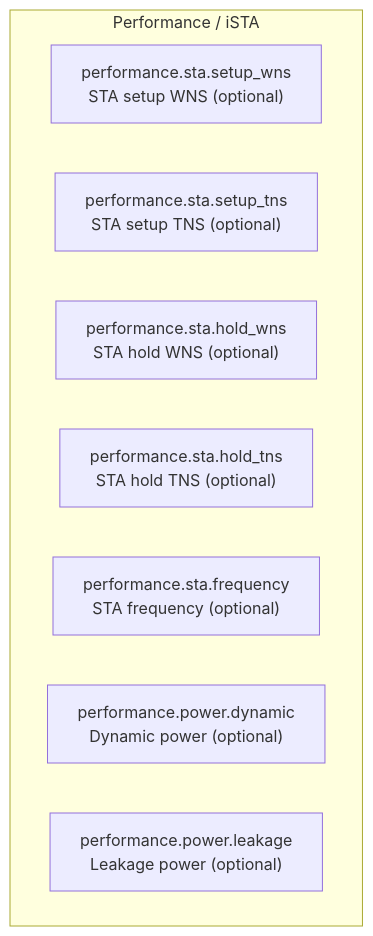
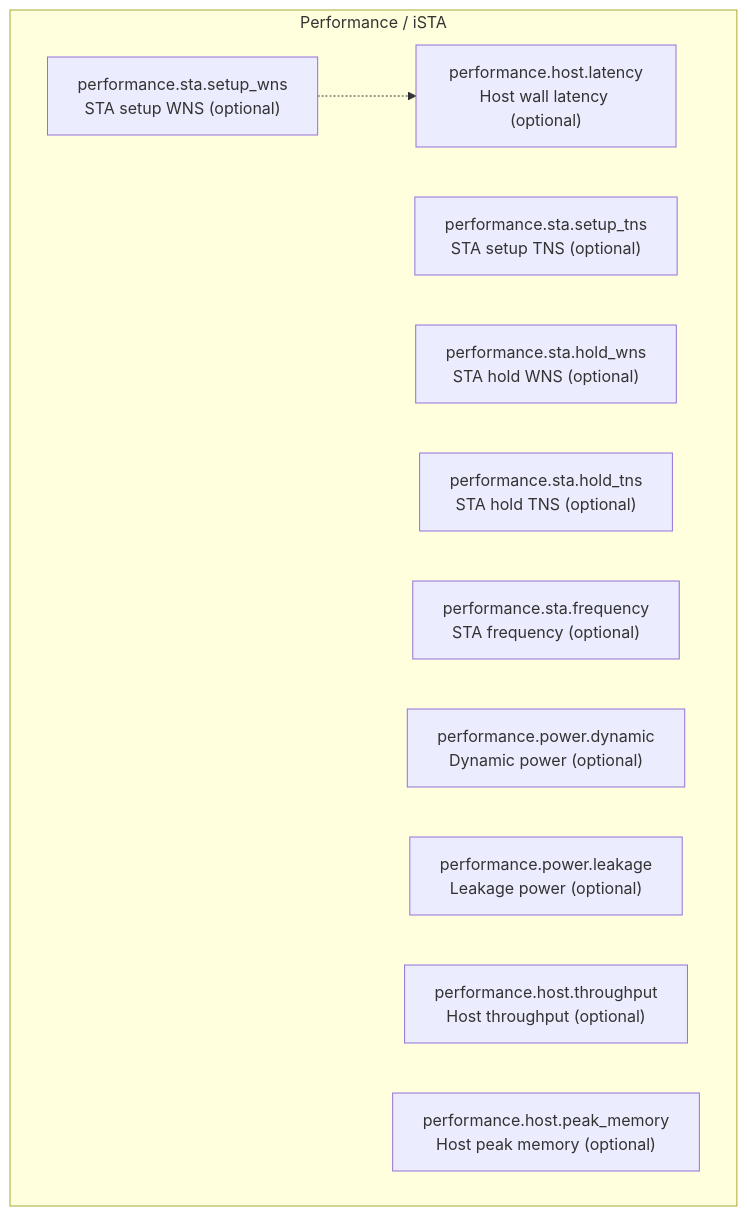
Before and after one commit to openecos-projects/ecc: the fifth of 56 diagrams in .github/signoff-board/signoff-kanban.md, drawn with Mermaid. The commit also changed other lines of this file and 1 other file, not shown here.

First line of the commit message:
feat(signoff): host latency/throughput/memory performance catalog slots

````diff
--- a/.github/signoff-board/signoff-kanban.md
+++ b/.github/signoff-board/signoff-kanban.md
@@ -214,12 +220,16 @@
 ```mermaid
 flowchart TB
   subgraph cat_performance["Performance / iSTA"]
     performance_sta_setup_wns["performance.sta.setup_wns<br/>STA setup WNS (optional)"]
     performance_sta_setup_tns["performance.sta.setup_tns<br/>STA setup TNS (optional)"]
     performance_sta_hold_wns["performance.sta.hold_wns<br/>STA hold WNS (optional)"]
     performance_sta_hold_tns["performance.sta.hold_tns<br/>STA hold TNS (optional)"]
     performance_sta_frequency["performance.sta.frequency<br/>STA frequency (optional)"]
     performance_power_dynamic["performance.power.dynamic<br/>Dynamic power (optional)"]
     performance_power_leakage["performance.power.leakage<br/>Leakage power (optional)"]
+    performance_host_latency["performance.host.latency<br/>Host wall latency (optional)"]
+    performance_host_throughput["performance.host.throughput<br/>Host throughput (optional)"]
+    performance_host_peak_memory["performance.host.peak_memory<br/>Host peak memory (optional)"]
   end
+  performance_sta_setup_wns -.-> performance_host_latency
 ```
````
